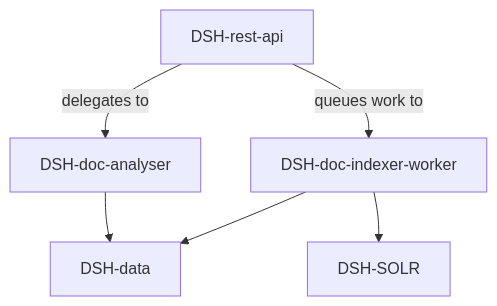
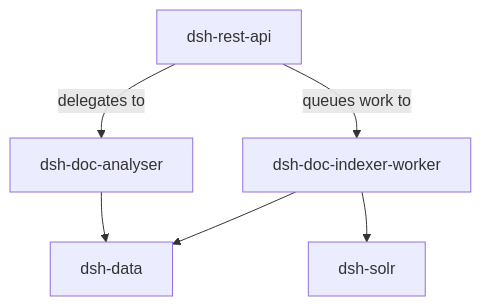
The diagram in specs/architecture/component-diagrams/README.md (MRISS-Projects/dsh), drawn with Mermaid before and after one commit. The commit also changed 36 other files, not shown here.

````diff
--- a/specs/architecture/component-diagrams/README.md
+++ b/specs/architecture/component-diagrams/README.md
@@ -19,8 +19,8 @@
 ```mermaid
 graph TD
-    A[DSH-rest-api] -->|delegates to| B[DSH-doc-analyser]
-    A -->|queues work to| C[DSH-doc-indexer-worker]
-    B --> D[DSH-data]
+    A[dsh-rest-api] -->|delegates to| B[dsh-doc-analyser]
+    A -->|queues work to| C[dsh-doc-indexer-worker]
+    B --> D[dsh-data]
     C --> D
-    C --> E[DSH-SOLR]
+    C --> E[dsh-solr]
 ```
````
